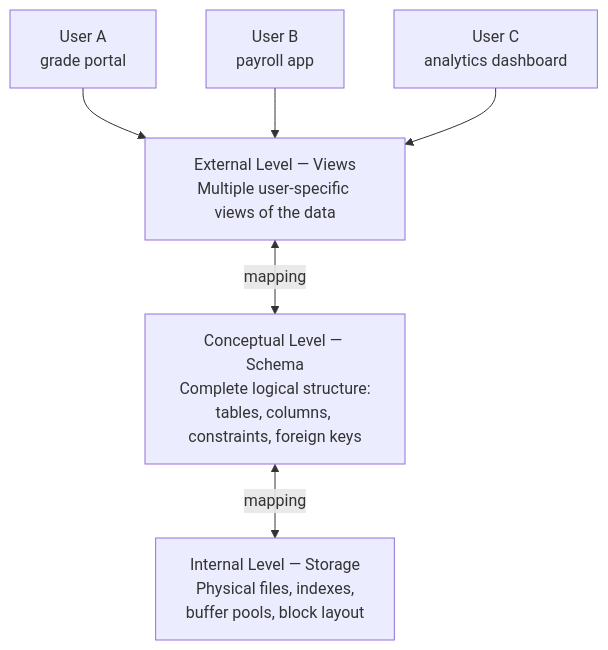
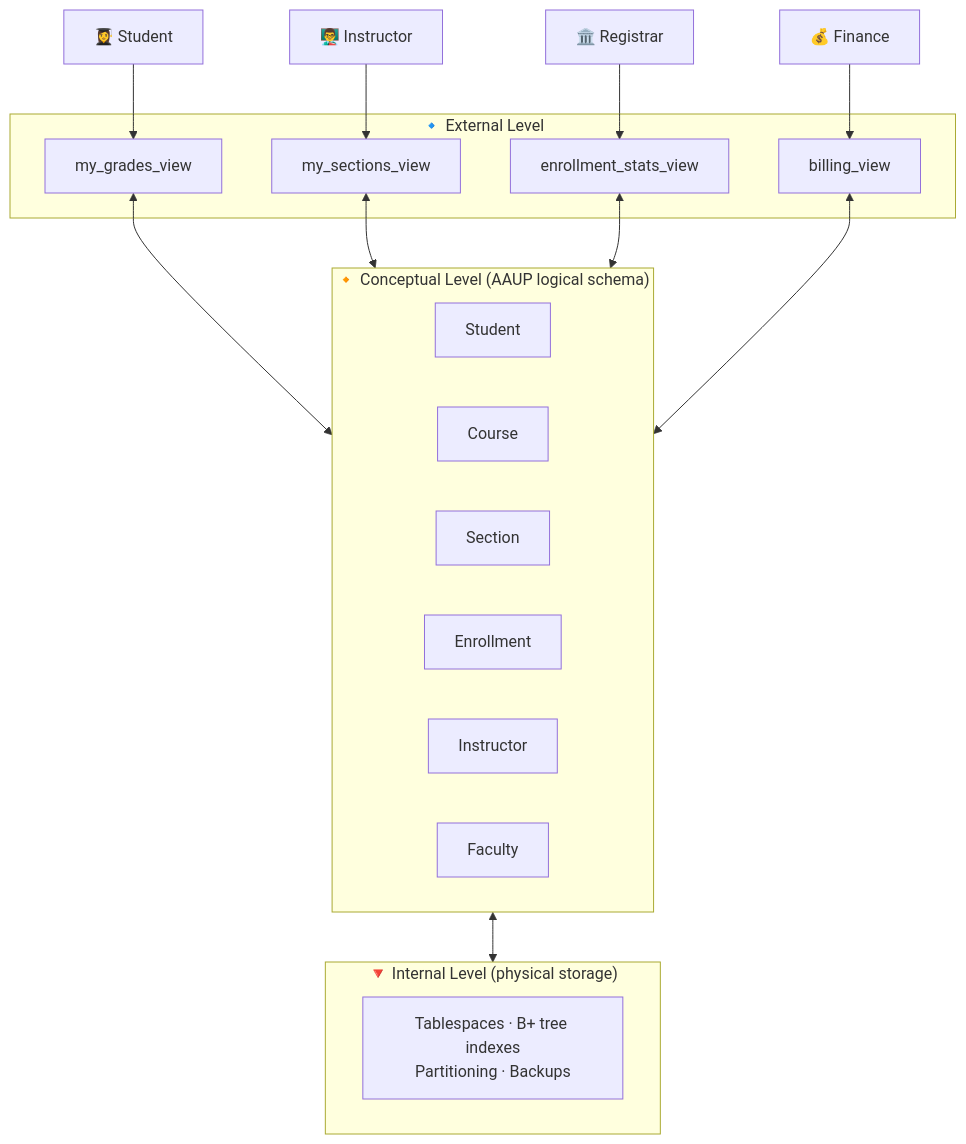
One commit to HusseinYounis/database changed the fifth of 7 diagrams in part-01-foundations/ch01-introduction.qmd. Above: the diagram before and after it, drawn with Mermaid. The commit also changed other lines of this file and 7 other files, not shown here.

Commit message:
Ch01: DBMS-as-container, database model tour, simpler three-schema diagram, HTML details for Q&A

````diff
--- a/part-01-foundations/ch01-introduction.qmd
+++ b/part-01-foundations/ch01-introduction.qmd
@@ -236,18 +713,42 @@
 ```{mermaid}
 %%| eval: true
 %%| echo: false
 flowchart TD
-    U1["User A<br/>grade portal"]
-    U2["User B<br/>payroll app"]
-    U3["User C<br/>analytics dashboard"]
+    U1["👩‍🎓 Student"]
+    U2["👨‍🏫 Instructor"]
+    U3["🏛️ Registrar"]
+    U4["💰 Finance"]
 
-    E["External Level — Views<br/>Multiple user-specific views of the data"]
-    C["Conceptual Level — Schema<br/>Complete logical structure:<br/>tables, columns, constraints, foreign keys"]
-    I["Internal Level — Storage<br/>Physical files, indexes,<br/>buffer pools, block layout"]
+    subgraph EXT["🔹 External Level"]
+      V1["my_grades_view"]
+      V2["my_sections_view"]
+      V3["enrollment_stats_view"]
+      V4["billing_view"]
+    end
 
-    U1 --> E
-    U2 --> E
-    U3 --> E
-    E <-->|mapping| C
-    C <-->|mapping| I
+    subgraph CONC["🔸 Conceptual Level (AAUP logical schema)"]
+      direction LR
+      S1["Student"]
+      S2["Course"]
+      S3["Section"]
+      S4["Enrollment"]
+      S5["Instructor"]
+      S6["Faculty"]
+    end
+
+    subgraph INT["🔻 Internal Level (physical storage)"]
+      P1["Tablespaces · B+ tree indexes<br/>Partitioning · Backups"]
+    end
+
+    U1 --> V1
+    U2 --> V2
+    U3 --> V3
+    U4 --> V4
+
+    V1 <--> CONC
+    V2 <--> CONC
+    V3 <--> CONC
+    V4 <--> CONC
+
+    CONC <--> INT
 ```
````
